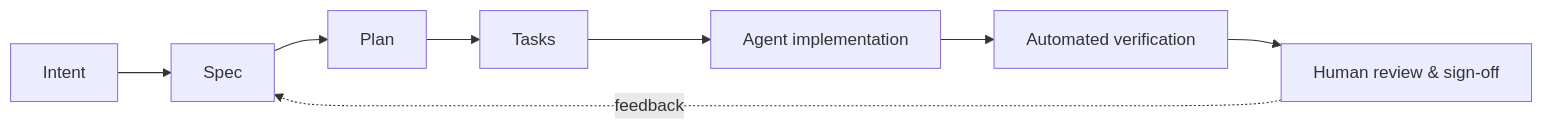
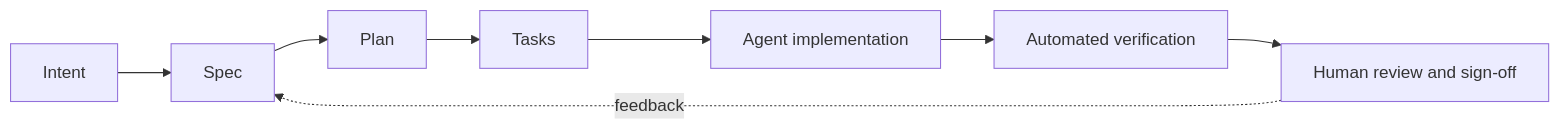
Before and after one commit to smartdev93/AI-Native-Software-Engineering-amp-SDLC-Course: the diagram in docs/index.md, drawn with Mermaid. The commit also changed other lines of this file and 17 other files, not shown here.

````diff
--- a/docs/index.md
+++ b/docs/index.md
@@ -18,10 +23,10 @@
 ```mermaid
 flowchart LR
   A[Intent] --> B[Spec]
   B --> C[Plan]
   C --> D[Tasks]
   D --> E[Agent implementation]
   E --> F[Automated verification]
-  F --> G[Human review & sign-off]
+  F --> G[Human review and sign-off]
   G -. feedback .-> B
 ```
````
